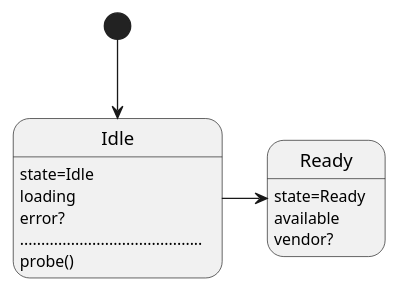
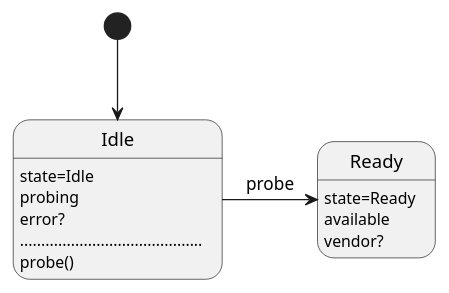
The diagram in documentation/diagrams/builtin.wsd (wighawag/web3w), drawn with PlantUML before and after one commit. The commit also changed 8 other files, not shown here.

```diff
--- a/documentation/diagrams/builtin.wsd
+++ b/documentation/diagrams/builtin.wsd
@@ -1,14 +1,14 @@
 @startuml
 Idle: state=Idle
-Idle: loading
+Idle: probing
 Idle: error?
 Idle: ...........................................
 Idle: probe()
 
 Ready: state=Ready
 Ready: available
 Ready: vendor?
 
 [*] --> Idle
-Idle -> Ready
+Idle -> Ready :probe
 @enduml
```
